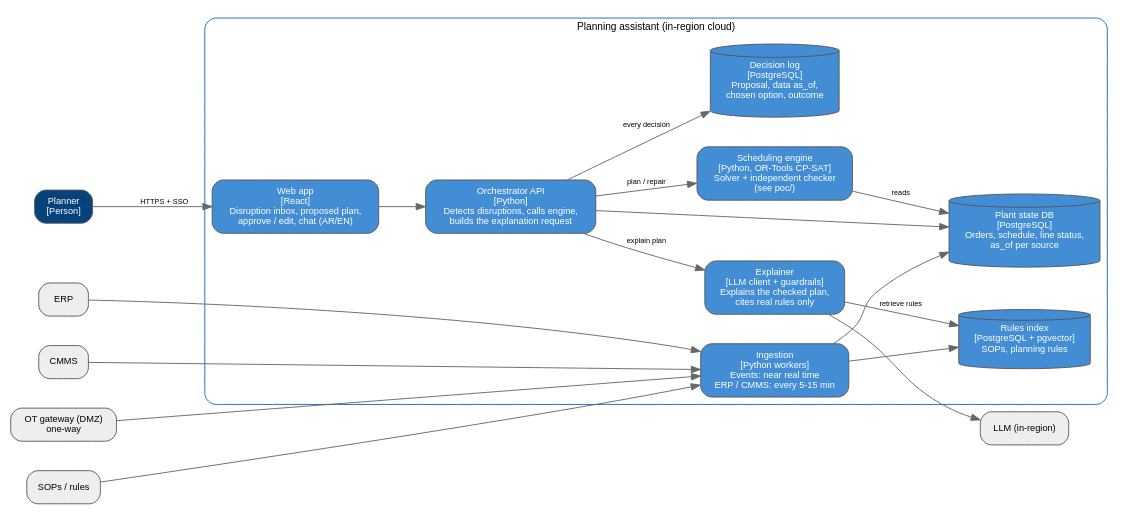
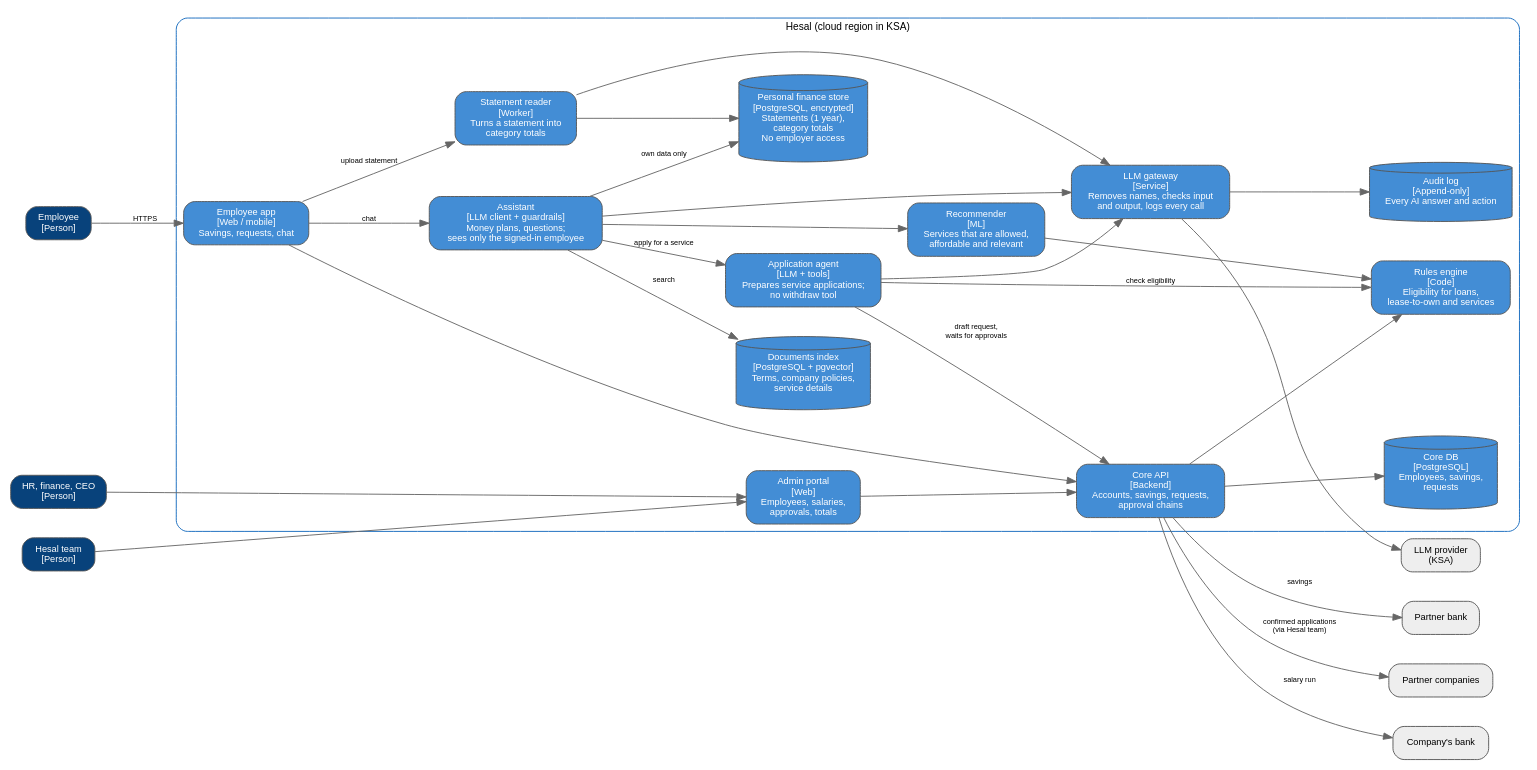
The diagram in diagrams/src/c4-l2-containers.dot (AhmadSaleh22/ai-architecture-portfolio), drawn with Graphviz before and after one commit. The commit also changed 8 other files, not shown here.

Commit message:
Session 1: Hesal framing, goals, quality attr, c4 level1,2

```diff
--- a/diagrams/src/c4-l2-containers.dot
+++ b/diagrams/src/c4-l2-containers.dot
@@ -1,36 +1,60 @@
-// C4 Level 2 - Containers: inside the planning assistant
+// C4 Level 2 - Containers: inside Hesal
 // Render: dot -Tsvg src/c4-l2-containers.dot -o c4-l2-containers.svg
 digraph L2 {
-  rankdir=LR; nodesep=0.45; ranksep=0.7; compound=true;
+  rankdir=LR; nodesep=0.45; ranksep=0.8;
   node [shape=box, style="rounded,filled", fontname="Helvetica", fontsize=10, color="#555555", fillcolor="#eeeeee", margin="0.15,0.1"];
   edge [fontname="Helvetica", fontsize=8, color="#666666"];
 
-  planner [label="Planner\n[Person]", fillcolor="#08427b", fontcolor="white"];
+  { rank=source;
+    employee [label="Employee\n[Person]", fillcolor="#08427b", fontcolor="white"];
+    admins   [label="HR, finance, CEO\n[Person]", fillcolor="#08427b", fontcolor="white"];
+    team     [label="Hesal team\n[Person]", fillcolor="#08427b", fontcolor="white"];
+  }
 
   subgraph cluster_sys {
-    label="Planning assistant (in-region cloud)"; fontname="Helvetica"; fontsize=11; style="rounded"; color="#1168bd";
+    label="Hesal (cloud region in KSA)"; fontname="Helvetica"; fontsize=11; style="rounded"; color="#1168bd";
     node [fillcolor="#438dd5", fontcolor="white"];
-    ui     [label="Web app\n[React]\nDisruption inbox, proposed plan,\napprove / edit, chat (AR/EN)"];
-    api    [label="Orchestrator API\n[Python]\nDetects disruptions, calls engine,\nbuilds the explanation request"];
-    engine [label="Scheduling engine\n[Python, OR-Tools CP-SAT]\nSolver + independent checker\n(see poc/)"];
-    expl   [label="Explainer\n[LLM client + guardrails]\nExplains the checked plan,\ncites real rules only"];
-    ingest [label="Ingestion\n[Python workers]\nEvents: near real time\nERP / CMMS: every 5-15 min"];
-    state  [label="Plant state DB\n[PostgreSQL]\nOrders, schedule, line status,\nas_of per source", shape=cylinder];
-    search [label="Rules index\n[PostgreSQL + pgvector]\nSOPs, planning rules", shape=cylinder];
-    audit  [label="Decision log\n[PostgreSQL]\nProposal, data as_of,\nchosen option, outcome", shape=cylinder];
+    app     [label="Employee app\n[Web / mobile]\nSavings, requests, chat"];
+    portal  [label="Admin portal\n[Web]\nEmployees, salaries,\napprovals, totals"];
+    core    [label="Core API\n[Backend]\nAccounts, savings, requests,\napproval chains"];
+    rules   [label="Rules engine\n[Code]\nEligibility for loans,\nlease-to-own and services"];
+    asst    [label="Assistant\n[LLM client + guardrails]\nMoney plans, questions;\nsees only the signed-in employee"];
+    agent   [label="Application agent\n[LLM + tools]\nPrepares service applications;\nno withdraw tool"];
+    reader  [label="Statement reader\n[Worker]\nTurns a statement into\ncategory totals"];
+    rec     [label="Recommender\n[ML]\nServices that are allowed,\naffordable and relevant"];
+    coredb  [label="Core DB\n[PostgreSQL]\nEmployees, savings,\nrequests", shape=cylinder];
+    pfdb    [label="Personal finance store\n[PostgreSQL, encrypted]\nStatements (1 year),\ncategory totals\nNo employer access", shape=cylinder];
+    docs    [label="Documents index\n[PostgreSQL + pgvector]\nTerms, company policies,\nservice details", shape=cylinder];
+    gw      [label="LLM gateway\n[Service]\nRemoves names, checks input\nand output, logs every call"];
+    audit   [label="Audit log\n[Append-only]\nEvery AI answer and action", shape=cylinder];
   }
 
-  { rank=source; planner; erp [label="ERP"]; cmms [label="CMMS"]; gw [label="OT gateway (DMZ)\none-way"]; docs [label="SOPs / rules"]; }
-  { rank=sink; llm [label="LLM (in-region)"]; }
+  { rank=sink;
+    cobank  [label="Company's bank"];
+    pbank   [label="Partner bank"];
+    partner [label="Partner companies"];
+    llm     [label="LLM provider\n(KSA)"];
+  }
 
-  planner -> ui [label="HTTPS + SSO"];
-  ui -> api;
-  api -> engine [label="plan / repair"];
-  api -> expl   [label="explain plan"];
-  expl -> llm;
-  expl -> search [label="retrieve rules"];
-  api -> state; engine -> state [label="reads"];
-  api -> audit  [label="every decision"];
-  gw -> ingest; erp -> ingest; cmms -> ingest; docs -> ingest;
-  ingest -> state; ingest -> search;
+  employee -> app [label="HTTPS"];
+  admins -> portal; team -> portal;
+  app -> core; portal -> core;
+  app -> asst [label="chat"];
+  app -> reader [label="upload statement"];
+  core -> rules;
+  core -> coredb;
+  core -> cobank [label="salary run"];
+  core -> pbank [label="savings"];
+  core -> partner [label="confirmed applications\n(via Hesal team)"];
+  asst -> agent [label="apply for a service"];
+  agent -> rules [label="check eligibility"];
+  agent -> core [label="draft request,\nwaits for approvals"];
+  asst -> pfdb [label="own data only"];
+  asst -> docs [label="search"];
+  asst -> rec;
+  rec -> rules;
+  reader -> pfdb;
+  asst -> gw; agent -> gw; reader -> gw;
+  gw -> llm;
+  gw -> audit;
 }
```
